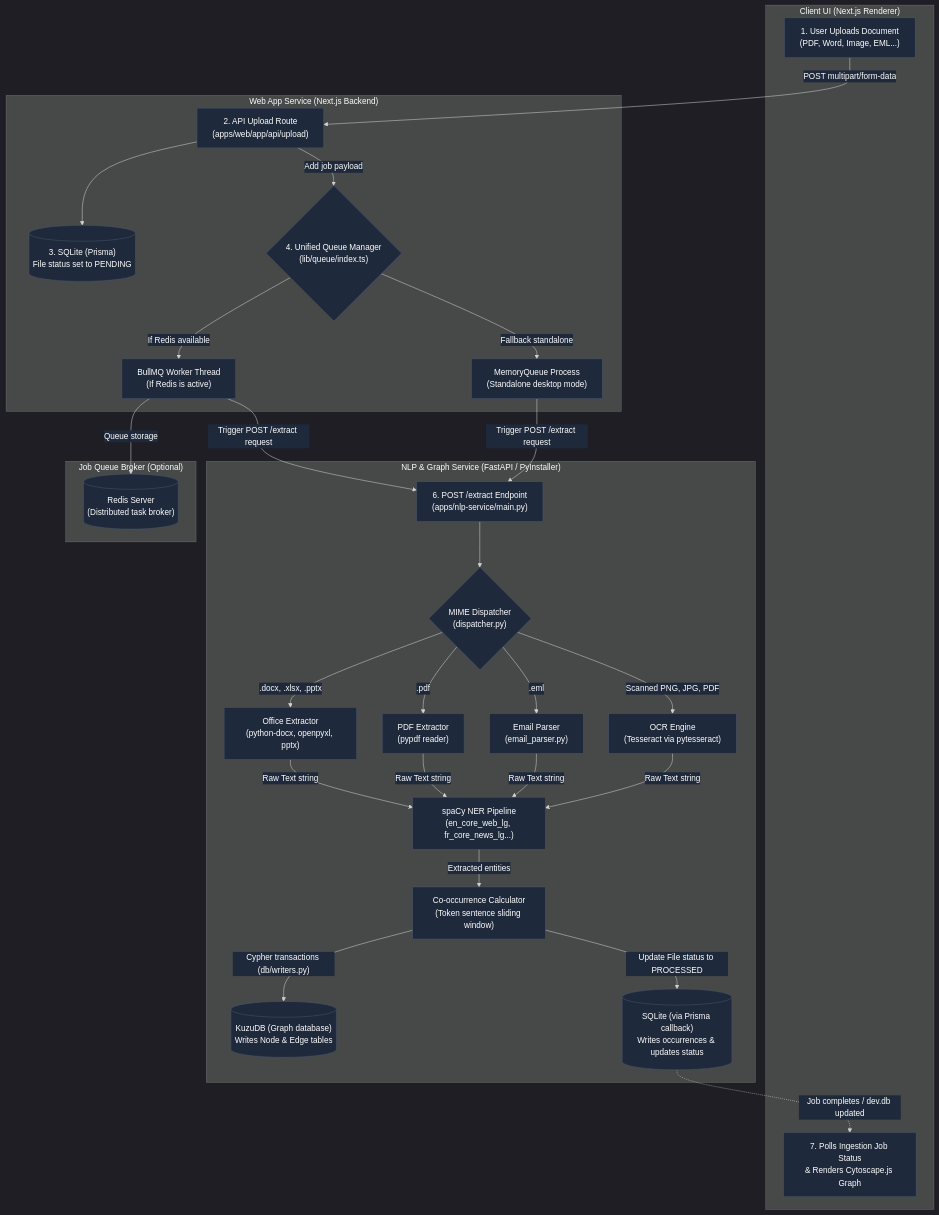
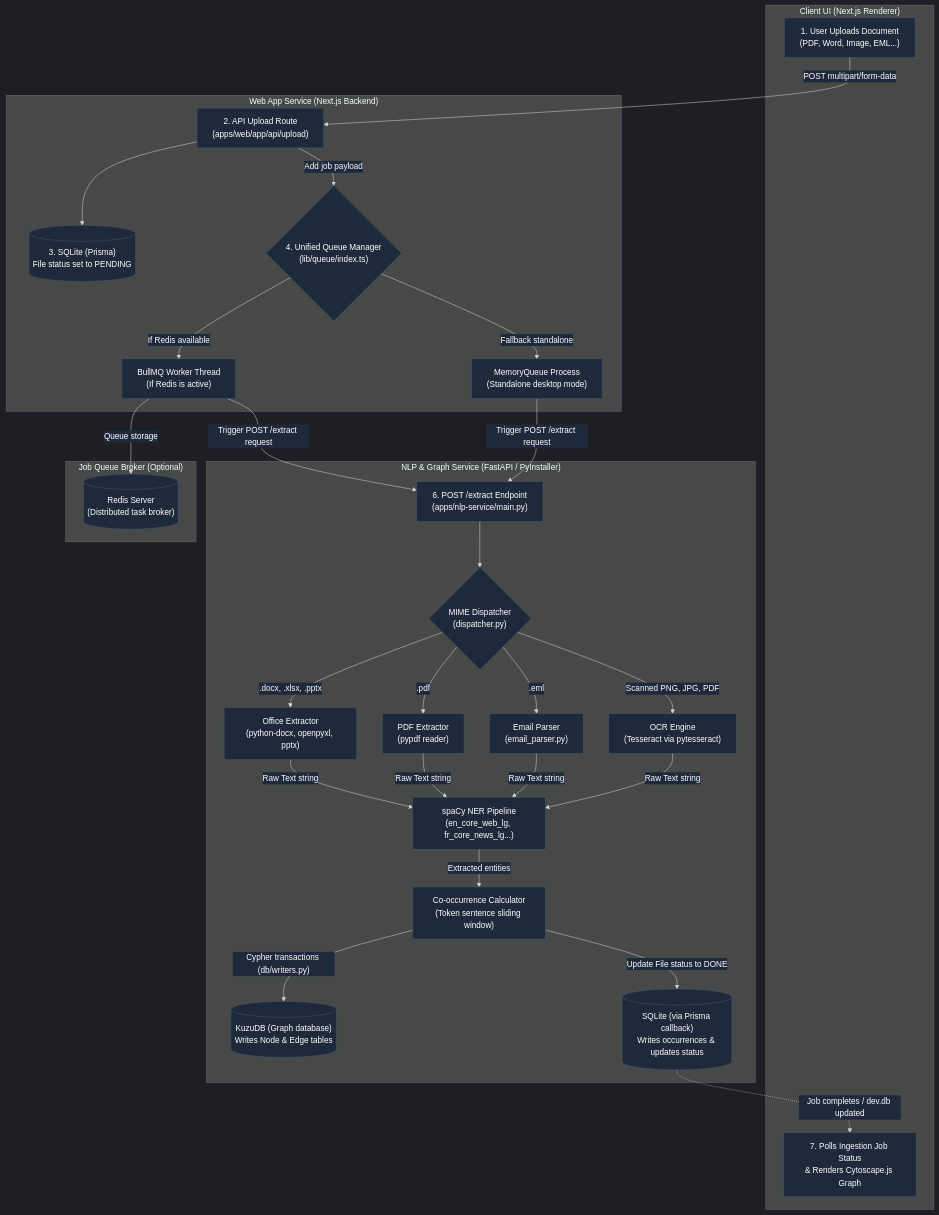
One commit to therealmaxence/Hackmanite changed the fifth of 5 diagrams in wiki/9_Project_Architecture.md. Above: the diagram before and after it, drawn with Mermaid. The commit also changed other lines of this file, not shown here.

Commit message:
docs(wiki): align file status naming in section 4 with schema.prisma

```diff
--- a/wiki/9_Project_Architecture.md
+++ b/wiki/9_Project_Architecture.md
@@ -343,7 +343,7 @@
 
     spaCy_NER -->|Extracted entities| CoOccur
     CoOccur -->|"Cypher transactions (db/writers.py)"| Kuzu_Write
-    CoOccur -->|Update File status to PROCESSED| SQLite_Write
+    CoOccur -->|Update File status to DONE| SQLite_Write
     
     SQLite_Write -.->|Job completes / dev.db updated| Status
 
```
